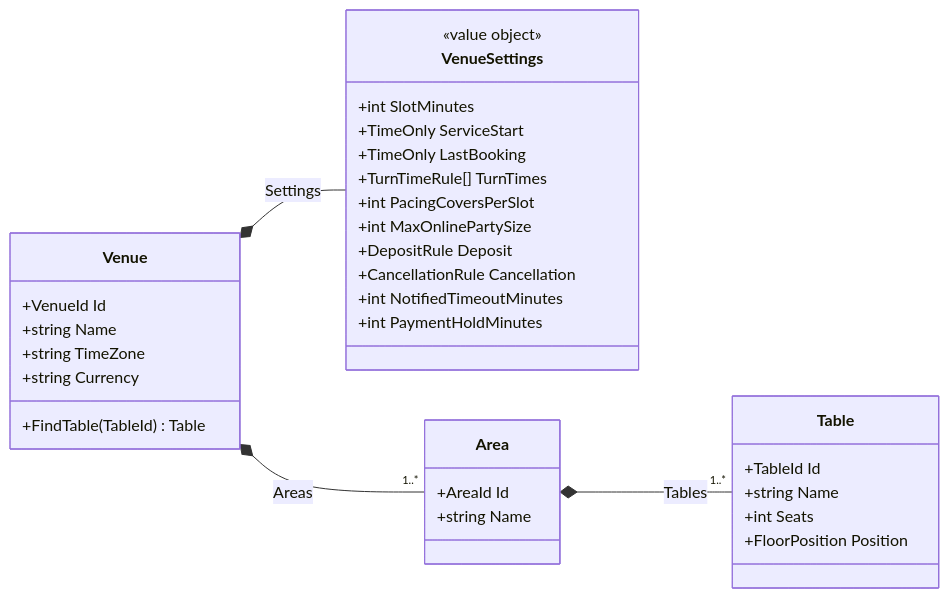
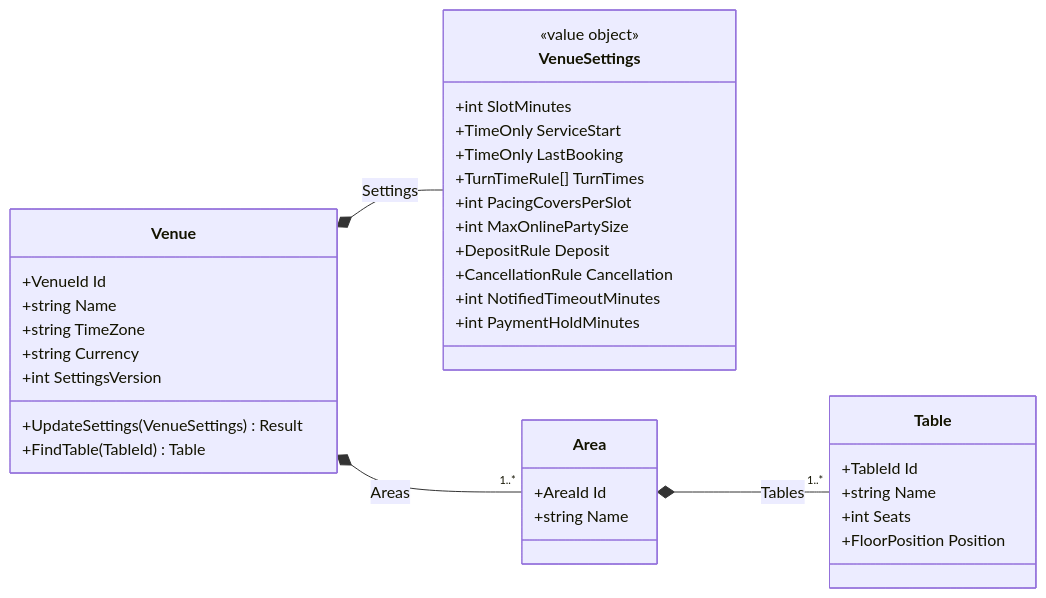
The second of 24 diagrams in docs/Design.md (ring9834/TableReservation), drawn with Mermaid before and after one commit. The commit also changed other lines of this file, not shown here.

````diff
--- a/docs/Design.md
+++ b/docs/Design.md
@@ -126,37 +126,39 @@
 ```mermaid
 classDiagram
     direction LR
     class Venue {
         +VenueId Id
         +string Name
         +string TimeZone
         +string Currency
+        +int SettingsVersion
+        +UpdateSettings(VenueSettings) Result
         +FindTable(TableId) Table
     }
     class VenueSettings {
         <<value object>>
         +int SlotMinutes
         +TimeOnly ServiceStart
         +TimeOnly LastBooking
         +TurnTimeRule[] TurnTimes
         +int PacingCoversPerSlot
         +int MaxOnlinePartySize
         +DepositRule Deposit
         +CancellationRule Cancellation
         +int NotifiedTimeoutMinutes
         +int PaymentHoldMinutes
     }
     class Area {
         +AreaId Id
         +string Name
     }
     class Table {
         +TableId Id
         +string Name
         +int Seats
         +FloorPosition Position
     }
     Venue *-- VenueSettings : Settings
     Venue *-- "1..*" Area : Areas
     Area *-- "1..*" Table : Tables
 ```
````
